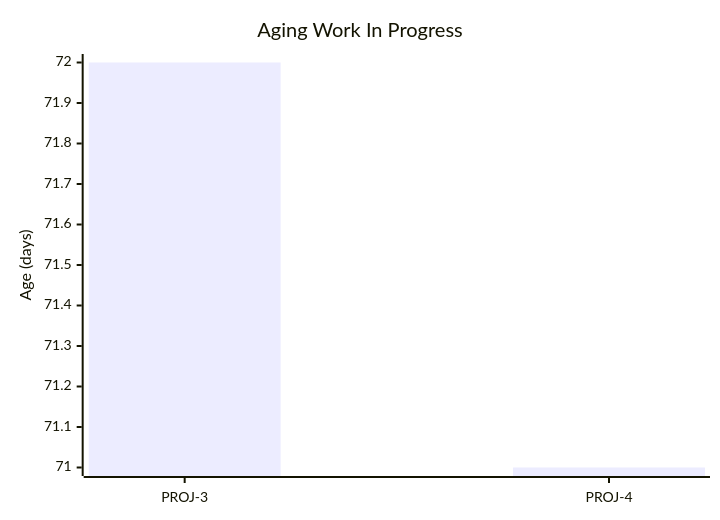
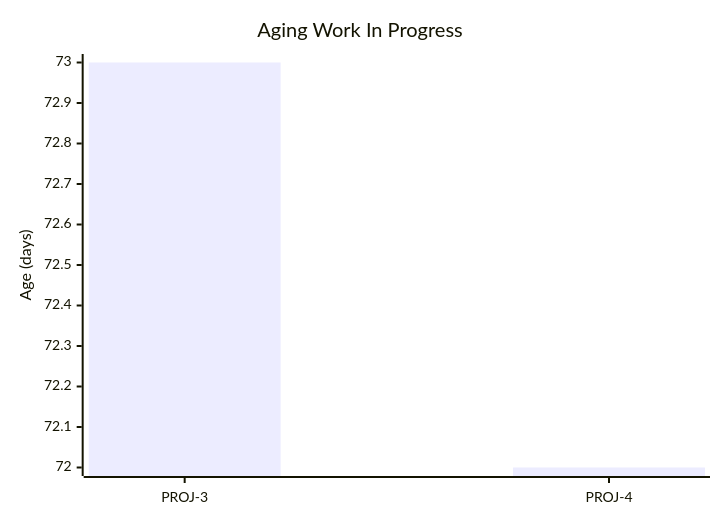
One commit to cbroult/predictability-engine changed the first of 5 diagrams in data/samples/reports/wip_data/dashboard.md. Above: the diagram before and after it, drawn with Mermaid. The commit also changed other lines of this file and 74 other files, not shown here.

````diff
--- a/data/samples/reports/wip_data/dashboard.md
+++ b/data/samples/reports/wip_data/dashboard.md
@@ -24,7 +24,7 @@
 ```mermaid
 xychart-beta
     title "Aging Work In Progress"
     x-axis ["PROJ-3", "PROJ-4"]
     y-axis "Age (days)"
-    bar "Age" [72, 71]
+    bar "Age" [73, 72]
 ```
````
